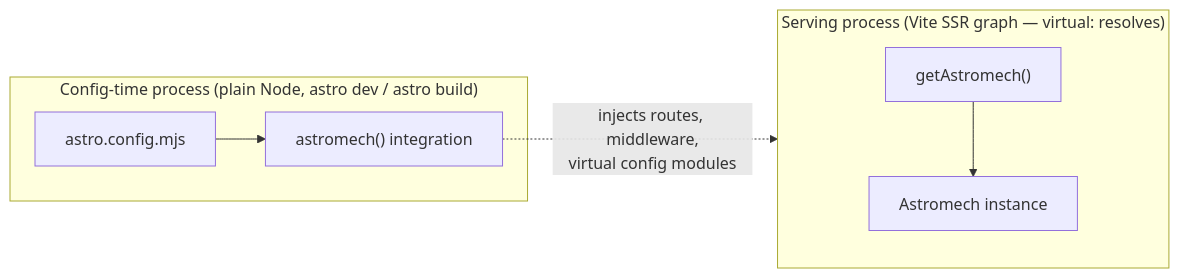
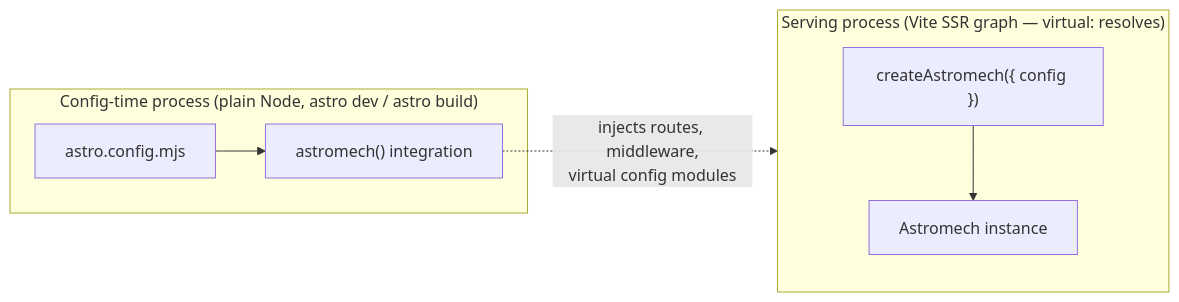
One commit to CamParry/astromech changed the diagram in specs/application-architecture-map.md. Above: the diagram before and after it, drawn with Mermaid. The commit also changed other lines of this file and 2 other files, not shown here.

First line of the commit message:
docs: stage the application instance work and file the role fallback

````diff
--- a/specs/application-architecture-map.md
+++ b/specs/application-architecture-map.md
@@ -14,10 +20,10 @@
 ```mermaid
 flowchart LR
     subgraph CONFIG["Config-time process (plain Node, astro dev / astro build)"]
         A[astro.config.mjs] --> B["astromech() integration"]
     end
     subgraph SERVE["Serving process (Vite SSR graph — virtual: resolves)"]
-        C["getAstromech()"] --> D[Astromech instance]
+        C["createAstromech({ config })"] --> D[Astromech instance]
     end
     B -. "injects routes, middleware,\nvirtual config modules" .-> SERVE
 ```
````
